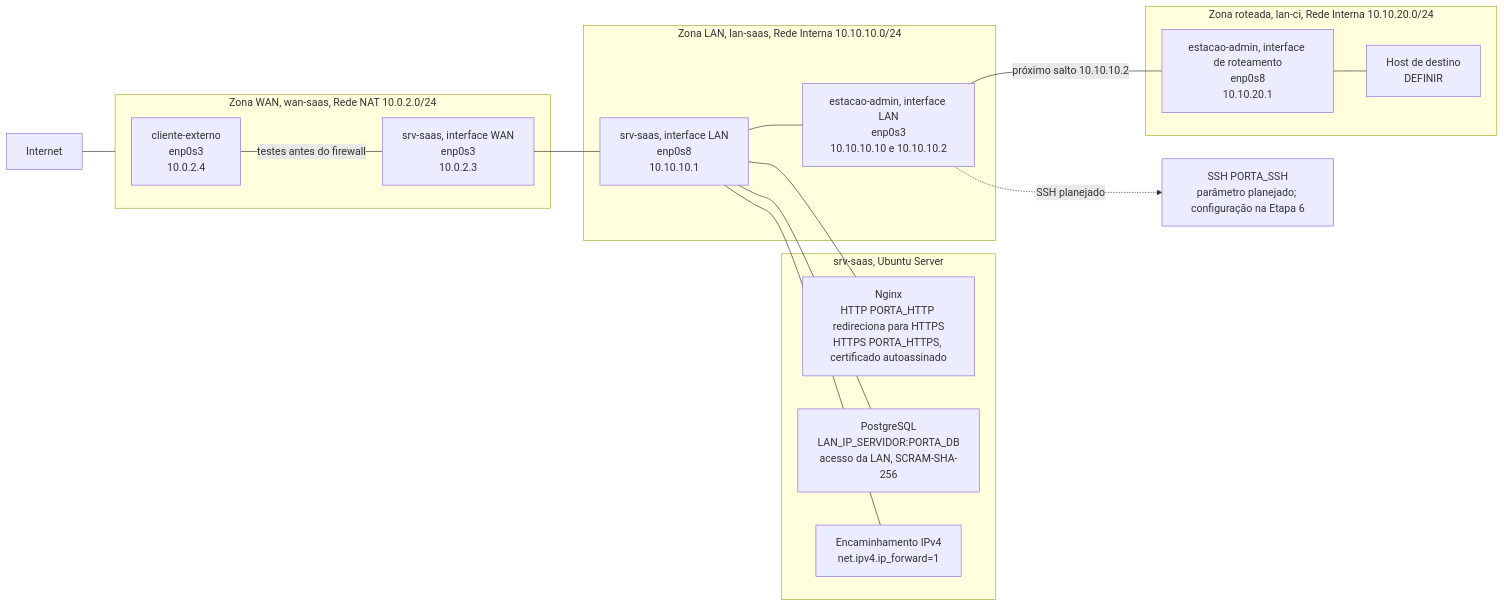
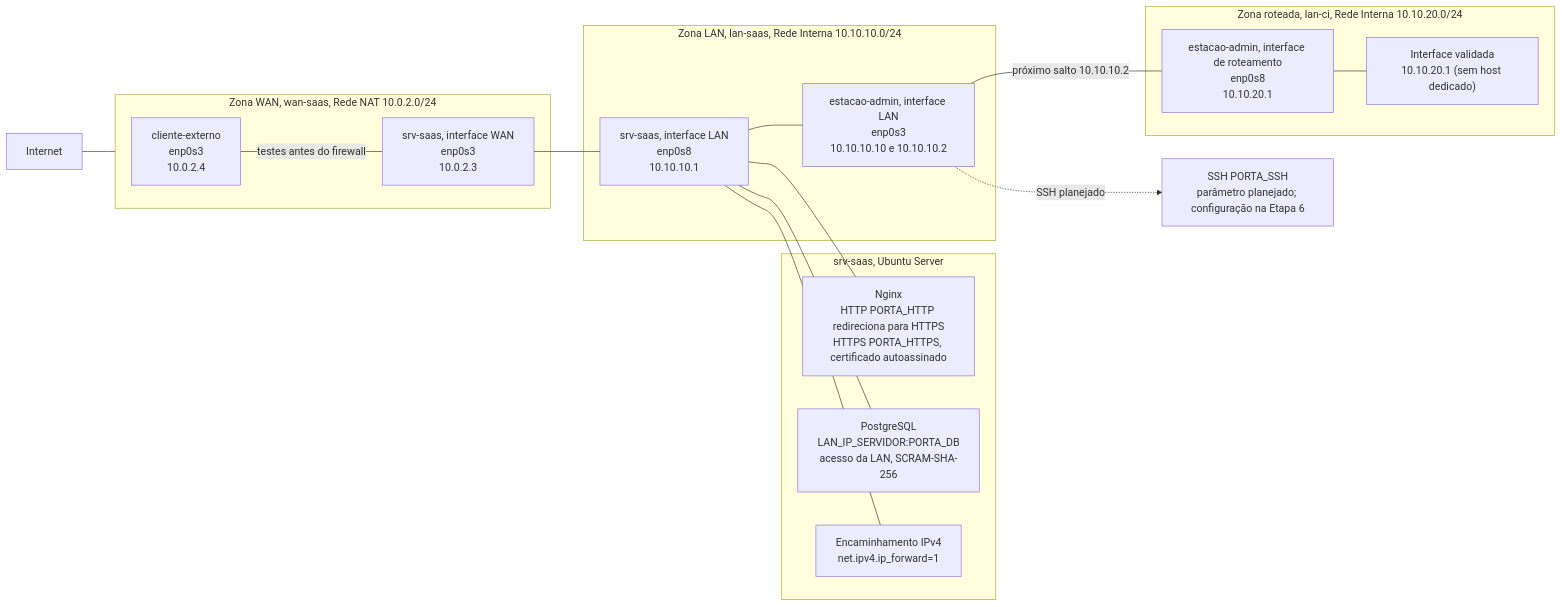
The diagram in docs/arquitetura/rede.md (Tiago070/seginf-saas), drawn with Mermaid before and after one commit. The commit also changed other lines of this file and 34 other files, not shown here.

````diff
--- a/docs/arquitetura/rede.md
+++ b/docs/arquitetura/rede.md
@@ -105,33 +105,33 @@
 ```mermaid
 flowchart LR
     INTERNET["Internet"]
     subgraph WAN["Zona WAN, wan-saas, Rede NAT 10.0.2.0/24"]
         CLIENTE["cliente-externo<br/>enp0s3<br/>10.0.2.4"]
         SRV_WAN["srv-saas, interface WAN<br/>enp0s3<br/>10.0.2.3"]
     end
     subgraph SERVIDOR["srv-saas, Ubuntu Server"]
         NGINX["Nginx<br/>HTTP PORTA_HTTP redireciona para HTTPS<br/>HTTPS PORTA_HTTPS, certificado autoassinado"]
         POSTGRES["PostgreSQL<br/>LAN_IP_SERVIDOR:PORTA_DB<br/>acesso da LAN, SCRAM-SHA-256"]
         FORWARD["Encaminhamento IPv4<br/>net.ipv4.ip_forward=1"]
     end
     subgraph LAN["Zona LAN, lan-saas, Rede Interna 10.10.10.0/24"]
         SRV_LAN["srv-saas, interface LAN<br/>enp0s8<br/>10.10.10.1"]
         ADMIN_LAN["estacao-admin, interface LAN<br/>enp0s3<br/>10.10.10.10 e 10.10.10.2"]
     end
     subgraph CI["Zona roteada, lan-ci, Rede Interna 10.10.20.0/24"]
         ADMIN_CI["estacao-admin, interface de roteamento<br/>enp0s8<br/>10.10.20.1"]
-        DESTINO["Host de destino<br/>DEFINIR"]
+        DESTINO["Interface validada<br/>10.10.20.1 (sem host dedicado)"]
     end
     SSH["SSH PORTA_SSH<br/>parâmetro planejado; configuração na Etapa 6"]
 
     INTERNET --- WAN
     CLIENTE ---|"testes antes do firewall"| SRV_WAN
     SRV_WAN --- SRV_LAN
     SRV_LAN --- ADMIN_LAN
     ADMIN_LAN ---|"próximo salto 10.10.10.2"| ADMIN_CI
     ADMIN_CI --- DESTINO
     SRV_LAN --- NGINX
     SRV_LAN --- POSTGRES
     SRV_LAN --- FORWARD
     ADMIN_LAN -. "SSH planejado" .-> SSH
 ```
````
